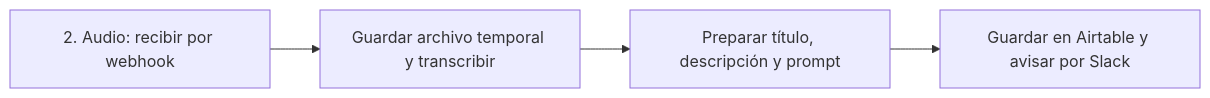
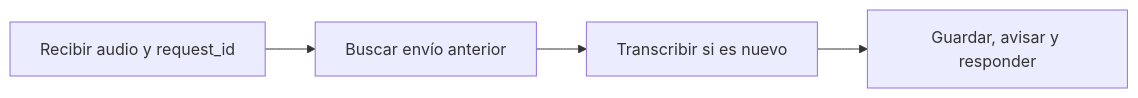
Before and after one commit to rashidzuain/privacidad-proyect-one: the second of 2 diagrams in README.md, drawn with Mermaid. The commit also changed other lines of this file and 20 other files, not shown here.

````diff
--- a/README.md
+++ b/README.md
@@ -30,6 +36,6 @@
 ```mermaid
 flowchart LR
-    A1["2. Audio: recibir por webhook"] --> A2["Guardar archivo temporal y transcribir"]
-    A2 --> A3["Preparar título, descripción y prompt"]
-    A3 --> A4["Guardar en Airtable y avisar por Slack"]
+    A["Recibir audio y request_id"] --> B["Buscar envío anterior"]
+    B --> C["Transcribir si es nuevo"]
+    C --> D["Guardar, avisar y responder"]
 ```
````
